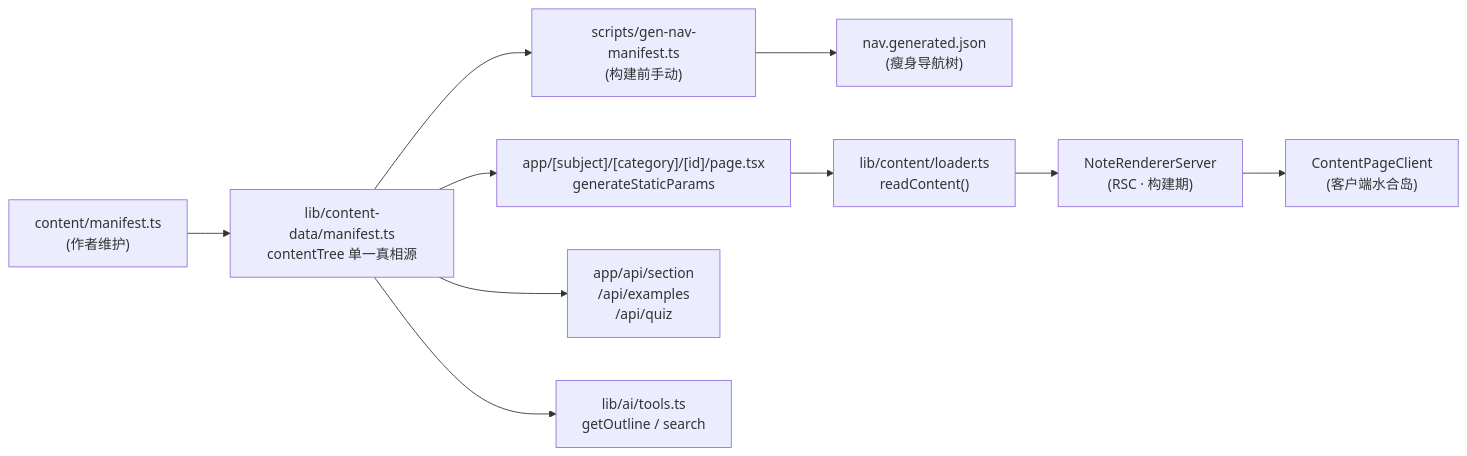
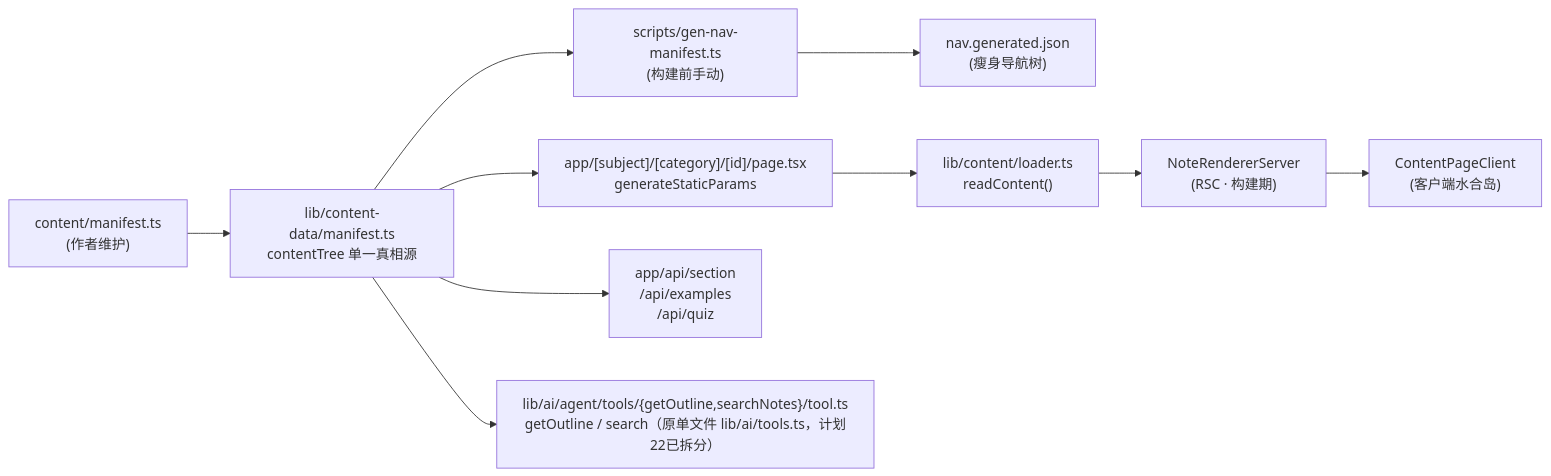
One commit to AIMFllyYS/Notebook-MedFreshman changed the second of 3 diagrams in docs/research/01-architecture-overview.md. Above: the diagram before and after it, drawn with Mermaid. The commit also changed other lines of this file and 11 other files, not shown here.

````diff
--- a/docs/research/01-architecture-overview.md
+++ b/docs/research/01-architecture-overview.md
@@ -58,12 +60,12 @@
 ```mermaid
 flowchart LR
     A["content/manifest.ts<br/>(作者维护)"] --> B["lib/content-data/manifest.ts<br/>contentTree 单一真相源"]
     B --> C["scripts/gen-nav-manifest.ts<br/>(构建前手动)"]
     C --> D["nav.generated.json<br/>(瘦身导航树)"]
     B --> E["app/[subject]/[category]/[id]/page.tsx<br/>generateStaticParams"]
     E --> F["lib/content/loader.ts<br/>readContent()"]
     F --> G["NoteRendererServer<br/>(RSC · 构建期)"]
     G --> H["ContentPageClient<br/>(客户端水合岛)"]
     B --> I["app/api/section<br/>/api/examples<br/>/api/quiz"]
-    B --> J["lib/ai/tools.ts<br/>getOutline / search"]
+    B --> J["lib/ai/agent/tools/{getOutline,searchNotes}/tool.ts<br/>getOutline / search（原单文件 lib/ai/tools.ts，计划22已拆分）"]
 ```
````
